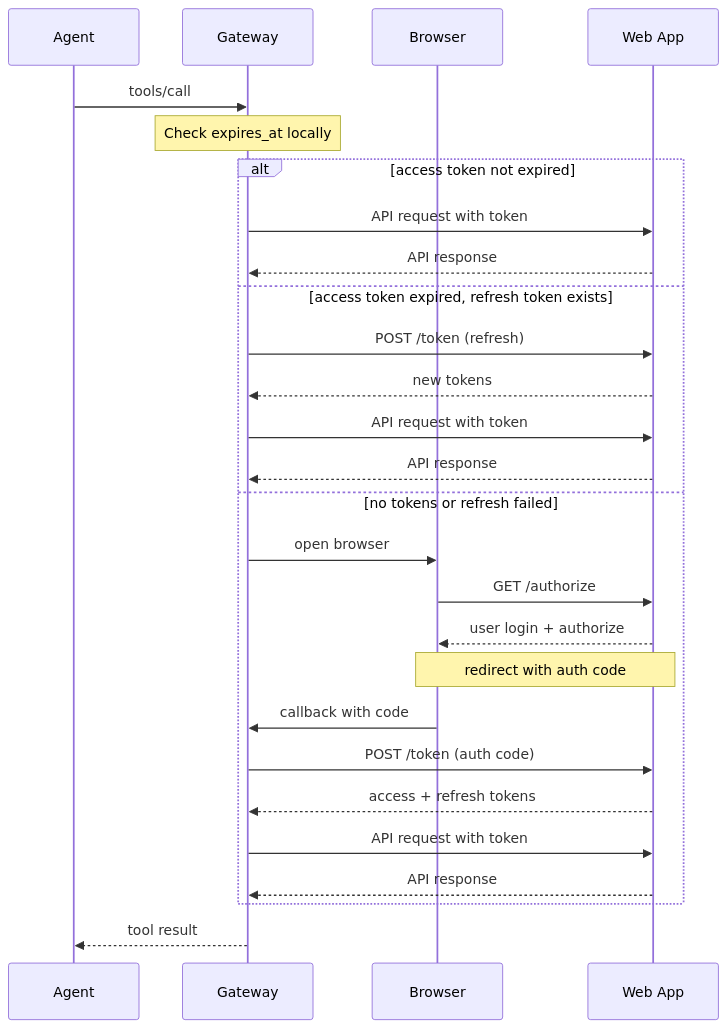
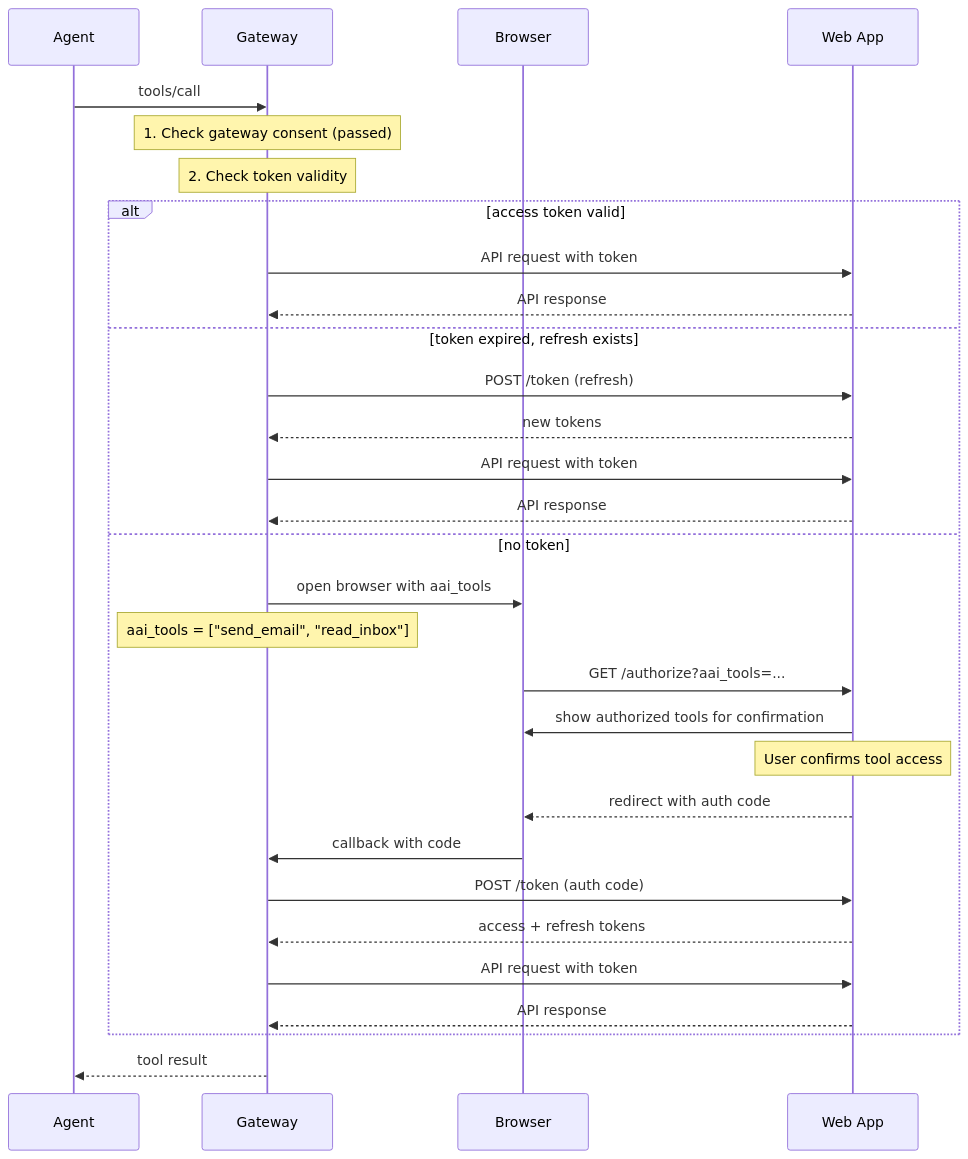
The second of 2 diagrams in spec/security.md (gybob/aai-protocol), drawn with Mermaid before and after one commit. The commit also changed other lines of this file and 1 other file, not shown here.

First line of the commit message:
fix: 修正授权描述 + Web OAuth 添加 aai_tools 参数传递已授权工具列表

````diff
--- a/spec/security.md
+++ b/spec/security.md
@@ -209,33 +217,36 @@
 ```mermaid
 sequenceDiagram
     participant A as Agent
     participant G as Gateway
     participant B as Browser
     participant W as Web App
-
+    
     A->>G: tools/call
-
-    Note over G: Check expires_at locally
-
-    alt access token not expired
+    
+    Note over G: 1. Check gateway consent (passed)
+    Note over G: 2. Check token validity
+    
+    alt access token valid
         G->>W: API request with token
         W-->>G: API response
-    else access token expired, refresh token exists
+    else token expired, refresh exists
         G->>W: POST /token (refresh)
         W-->>G: new tokens
         G->>W: API request with token
         W-->>G: API response
-    else no tokens or refresh failed
-        G->>B: open browser
-        B->>W: GET /authorize
-        W-->>B: user login + authorize
-        Note over B,W: redirect with auth code
+    else no token
+        G->>B: open browser with aai_tools
+        Note over G: aai_tools = ["send_email", "read_inbox"]
+        B->>W: GET /authorize?aai_tools=...
+        W->>B: show authorized tools for confirmation
+        Note over W: User confirms tool access
+        W-->>B: redirect with auth code
         B->>G: callback with code
         G->>W: POST /token (auth code)
         W-->>G: access + refresh tokens
         G->>W: API request with token
         W-->>G: API response
     end
-
+    
     G-->>A: tool result
 ```
````
